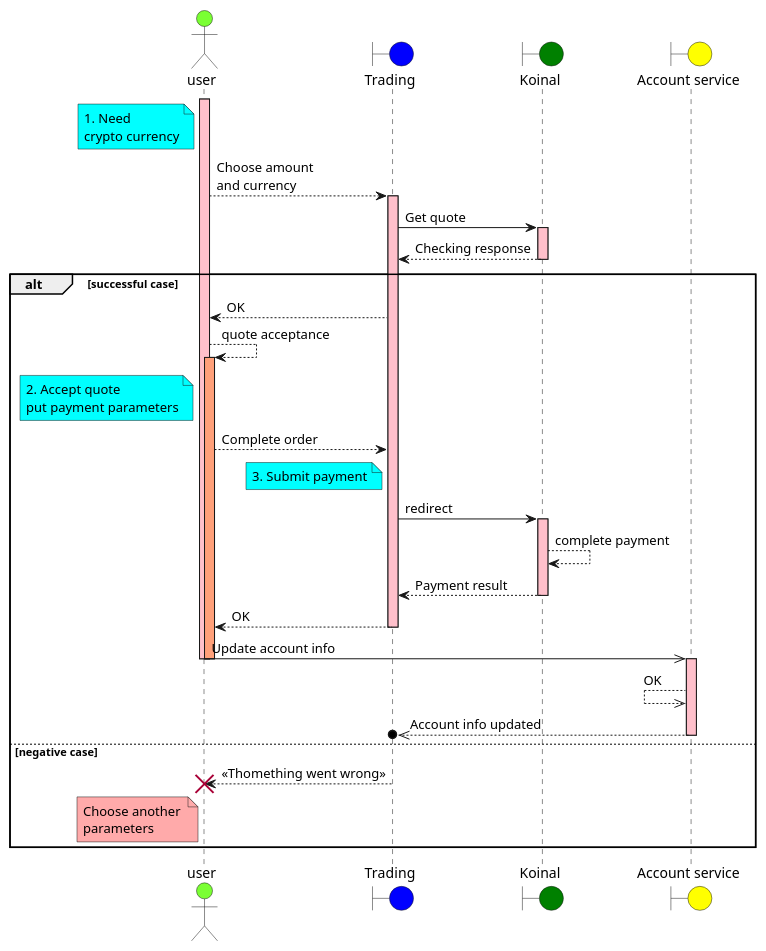
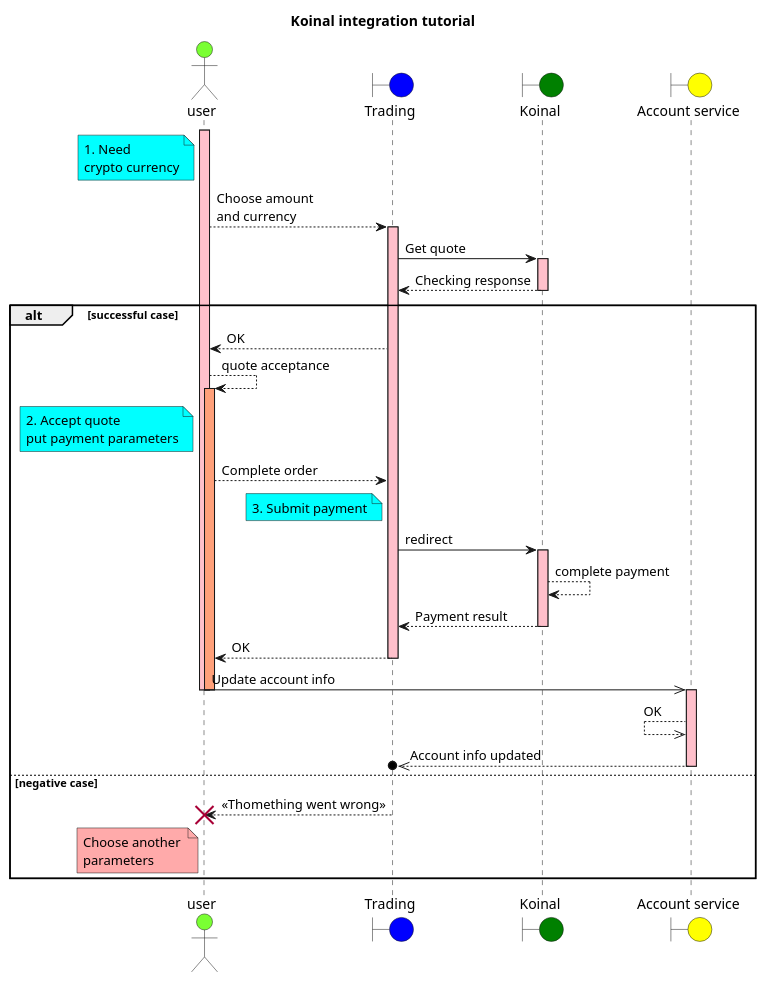
Before and after one commit to milovdg/UMLPractice: the diagram in UML practice/docs/diagrams/src/libertex-test.wsd, drawn with PlantUML. The commit also changed 1 other file, not shown here.

```diff
--- a/UML practice/docs/diagrams/src/libertex-test.wsd
+++ b/UML practice/docs/diagrams/src/libertex-test.wsd
@@ -1,62 +1,63 @@
 @startuml Libertex test
+title <b>Koinal integration tutorial</b>
 
 actor user #7AFF33
 boundary Trading #Blue
 boundary Koinal #Green
 boundary "Account service" #Yellow
 
 activate user #Pink
 
 note left of user #aqua: 1. Need \ncrypto currency
 user --> Trading : Choose amount \nand currency
 activate Trading #Pink
 
 Trading -> Koinal : Get quote
 activate Koinal #Pink
 
 Trading <-- Koinal : Checking response
 deactivate Koinal
 
 alt successful case
    user <-- Trading : OK 
    user --> user : quote acceptance
    activate user #LightSalmon
 
    note left of user #aqua: 2. Accept quote \nput payment parameters
    user --> Trading : Complete order
 
    note left of Trading #aqua: 3. Submit payment
    Trading -> Koinal : redirect
    activate Koinal #Pink
    Koinal --> Koinal : complete payment
    Koinal --> Trading : Payment result
    deactivate Koinal
 
    Trading --> user : OK
    deactivate Trading
 
    user ->> "Account service" : Update account info
    deactivate user
    deactivate user   
 
    activate "Account service" #Pink
    "Account service" <<-- "Account service" : OK
    "Account service" -->>o Trading : Account info updated
    deactivate "Account service"
 
 else negative case
    user <-- Trading : <<Thomething went wrong>>
    note left of user #FFAAAA: Choose another \nparameters
    deactivate Trading
    deactivate user      
    destroy user
 end
 
 
 
 deactivate user
 deactivate Trading
 deactivate Koinal
 
 
 @enduml
```
